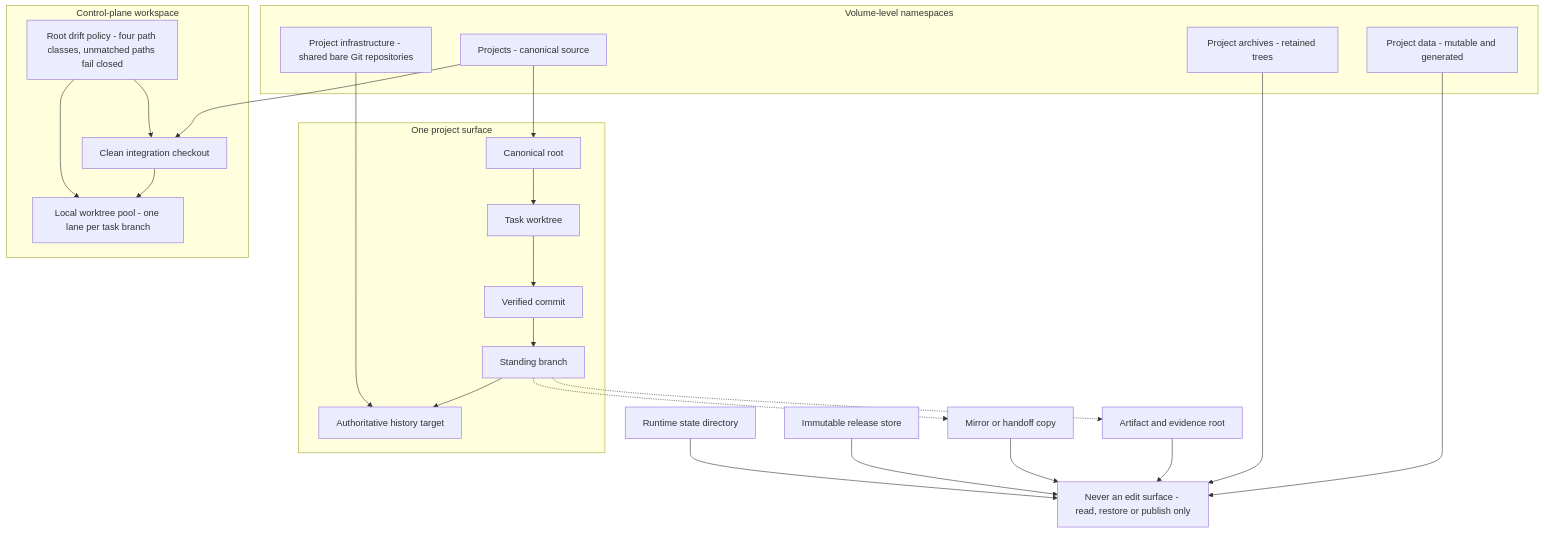
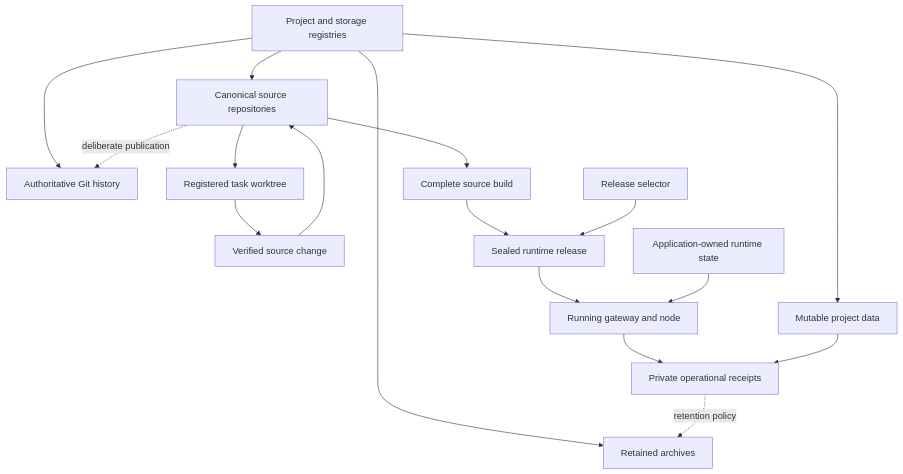
The diagram in docs/09-source-layout-and-artifacts.md (josephbergvinson/openclaw-control-plane), drawn with Mermaid before and after one commit. The commit also changed other lines of this file and 239 other files, not shown here.

````diff
--- a/docs/09-source-layout-and-artifacts.md
+++ b/docs/09-source-layout-and-artifacts.md
@@ -51,39 +23,19 @@
 ```mermaid
-flowchart TB
-  subgraph NS[Volume-level namespaces]
-    NSP[Projects - canonical source]
-    NSD[Project data - mutable and generated]
-    NSI[Project infrastructure - shared bare Git repositories]
-    NSA[Project archives - retained trees]
-  end
-  subgraph SURF[One project surface]
-    CR[Canonical root] --> WT[Task worktree]
-    WT --> VC[Verified commit]
-    VC --> SB[Standing branch]
-    SB --> AHT[Authoritative history target]
-  end
-  subgraph CP[Control-plane workspace]
-    ROOT[Clean integration checkout]
-    POOL[Local worktree pool - one lane per task branch]
-    RDP[Root drift policy - four path classes, unmatched paths fail closed]
-  end
-  RREL[Immutable release store]
-  RSD[Runtime state directory]
-  ART[Artifact and evidence root]
-  MIR[Mirror or handoff copy]
-  NEVER[Never an edit surface - read, restore or publish only]
-  NSP --> CR
-  NSP --> ROOT
-  NSI --> AHT
-  ROOT --> POOL
-  RDP --> ROOT
-  RDP --> POOL
-  SB -.-> MIR
-  SB -.-> ART
-  NSD --> NEVER
-  NSA --> NEVER
-  ART --> NEVER
-  MIR --> NEVER
-  RREL --> NEVER
-  RSD --> NEVER
+flowchart TD
+  REG[Project and storage registries] --> SRC[Canonical source repositories]
+  REG --> DATA[Mutable project data]
+  REG --> HIST[Authoritative Git history]
+  REG --> ARCH[Retained archives]
+  SRC --> WT[Registered task worktree]
+  WT --> VERIFY[Verified source change]
+  VERIFY --> SRC
+  SRC --> BUILD[Complete source build]
+  BUILD --> REL[Sealed runtime release]
+  SELECT[Release selector] --> REL
+  REL --> RUN[Running gateway and node]
+  STATE[Application-owned runtime state] --> RUN
+  RUN --> EVIDENCE[Private operational receipts]
+  DATA --> EVIDENCE
+  SRC -. deliberate publication .-> HIST
+  EVIDENCE -. retention policy .-> ARCH
 ```
````
